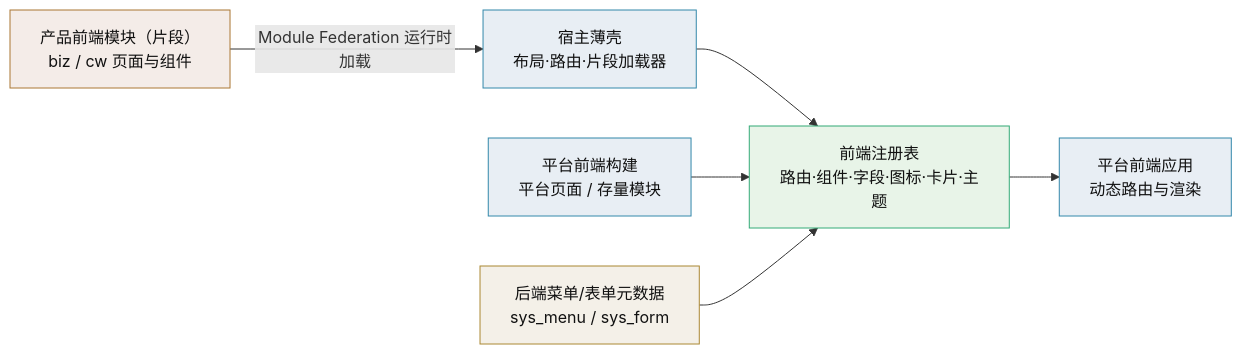
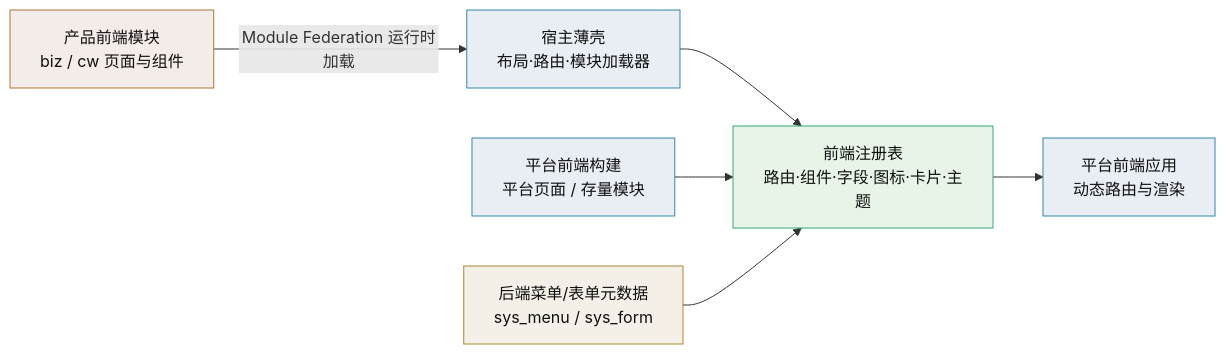
One commit to minjian123/basic-management-system changed the fourth of 4 diagrams in bms文档/设计/架构设计/10_架构设计_子系统_扩展点与插件化.md. Above: the diagram before and after it, drawn with Mermaid. The commit also changed other lines of this file and 274 other files, not shown here.

````diff
--- a/bms文档/设计/架构设计/10_架构设计_子系统_扩展点与插件化.md
+++ b/bms文档/设计/架构设计/10_架构设计_子系统_扩展点与插件化.md
@@ -218,13 +218,13 @@
 ```mermaid
 flowchart LR
-    MOD["产品前端模块（片段）<br/>biz / cw 页面与组件"]:::m -->|"Module Federation 运行时加载"| SHELL["宿主薄壳<br/>布局·路由·片段加载器"]:::b
+    MOD["产品前端模块<br/>biz / cw 页面与组件"]:::m -->|"Module Federation 运行时加载"| SHELL["宿主薄壳<br/>布局·路由·模块加载器"]:::b
     SHELL --> REG["前端注册表<br/>路由·组件·字段·图标·卡片·主题"]:::r
     BUILD["平台前端构建<br/>平台页面 / 存量模块"]:::b --> REG
     MENU["后端菜单/表单元数据<br/>sys_menu / sys_form"]:::s --> REG
     REG --> APP["平台前端应用<br/>动态路由与渲染"]:::a
     classDef m fill:#f4ece8,stroke:#a73,color:#111
     classDef b fill:#e8eef4,stroke:#38a,color:#111
     classDef r fill:#e8f4e8,stroke:#3a7,color:#111
     classDef s fill:#f4f0e8,stroke:#a83,color:#111
     classDef a fill:#e8eef4,stroke:#38a,color:#111
 ```
````
